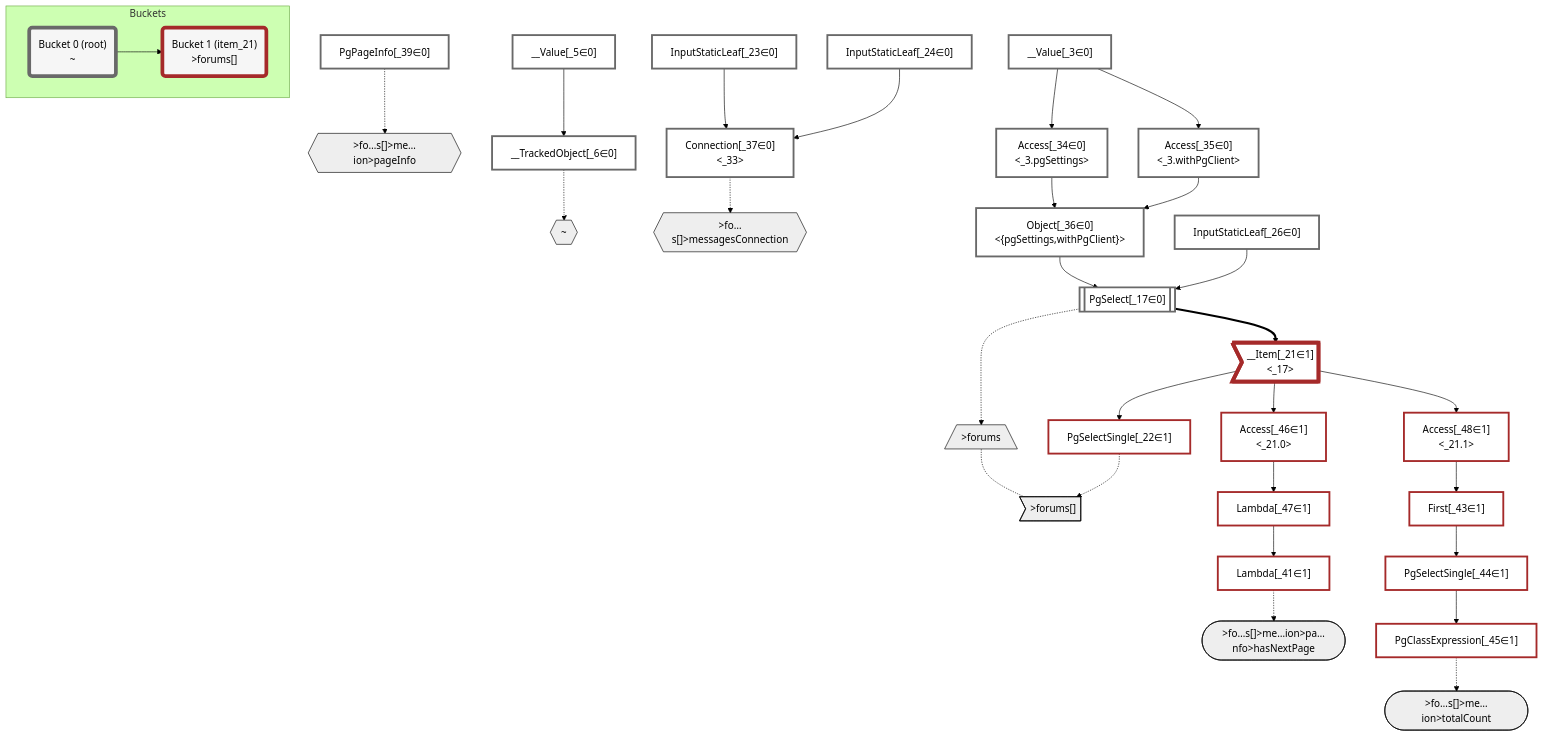
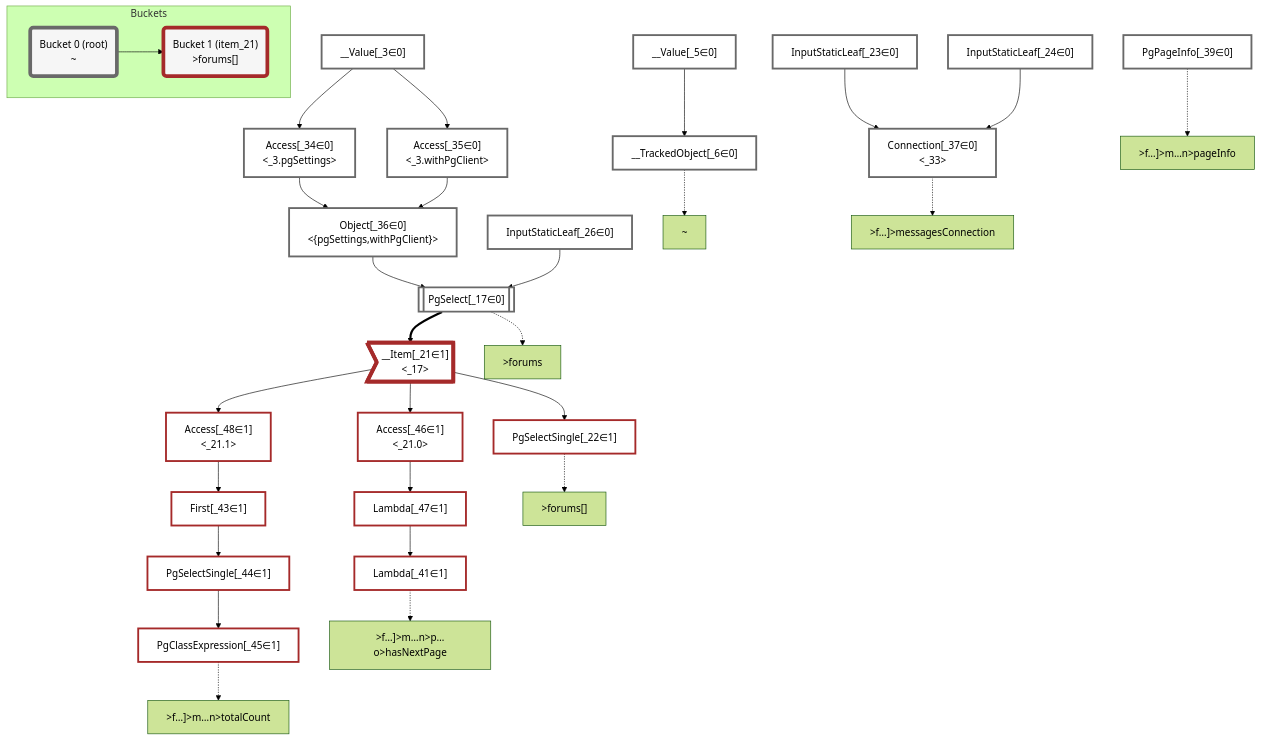
One commit to graphile/crystal changed the diagram in packages/dataplan-pg/__tests__/queries/conditions/condition-featured-messages-minimal.mermaid.md. Above: the diagram before and after it, drawn with Mermaid (forest theme). The commit also changed 195 other files, not shown here.

```diff
--- a/packages/dataplan-pg/__tests__/queries/conditions/condition-featured-messages-minimal.mermaid.md
+++ b/packages/dataplan-pg/__tests__/queries/conditions/condition-featured-messages-minimal.mermaid.md
@@ -6,21 +6,6 @@
     classDef sideeffectplan fill:#f00,stroke-width:6px,color:#000
     classDef bucket fill:#f6f6f6,color:#000,stroke-width:6px
 
-    %% subgraph fields
-    P1{{"~"}}:::path
-    P2[/">forums"\]:::path
-    P3>">forums[]"]:::path
-    P2 -.- P3
-    P4{{">fo…s[]>messagesConnection"}}:::path
-    P5{{">fo…s[]>me…ion>pageInfo"}}:::path
-    P6([">fo…s[]>me…ion>pa…nfo>hasNextPage"]):::path
-    %% P5 -.-> P6
-    %% P4 -.-> P5
-    P7([">fo…s[]>me…ion>totalCount"]):::path
-    %% P4 -.-> P7
-    %% P3 -.-> P4
-    %% P1 -.-> P2
-    %% end
 
     %% define plans
     __Value_3["__Value[_3∈0]<br /><context>"]:::plan
@@ -66,12 +51,19 @@
     __Item_21 --> Access_48
 
     %% plan-to-path relationships
+    P1["~"]
     __TrackedObject_6 -.-> P1
+    P2[">forums"]
     PgSelect_17 -.-> P2
+    P3[">forums[]"]
     PgSelectSingle_22 -.-> P3
+    P4[">f…]>messagesConnection"]
     Connection_37 -.-> P4
+    P5[">f…]>m…n>pageInfo"]
     PgPageInfo_39 -.-> P5
+    P6[">f…]>m…n>p…o>hasNextPage"]
     Lambda_41 -.-> P6
+    P7[">f…]>m…n>totalCount"]
     PgClassExpression_45 -.-> P7
 
     %% allocate buckets
```
